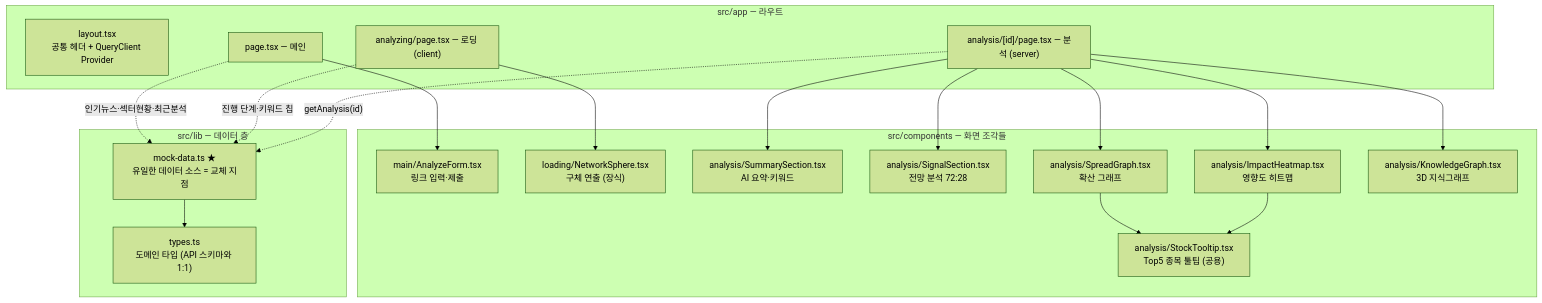
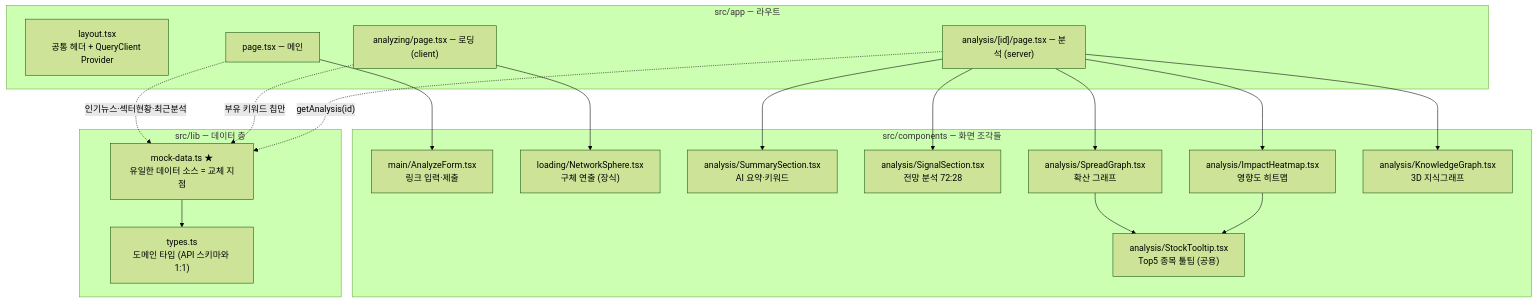
The second of 3 diagrams in apps/web/FE_ONBOARD_GUIDE.md (siuuhaeju-com/suhyeju-com), drawn with Mermaid (forest theme) before and after one commit. The commit also changed other lines of this file and 4 other files, not shown here.

````diff
--- a/apps/web/FE_ONBOARD_GUIDE.md
+++ b/apps/web/FE_ONBOARD_GUIDE.md
@@ -58,35 +58,35 @@
 ```mermaid
 flowchart TB
   subgraph routes["src/app — 라우트"]
     layout["layout.tsx<br/>공통 헤더 + QueryClient Provider"]
     main["page.tsx — 메인"]
     analyzing["analyzing/page.tsx — 로딩 (client)"]
     analysis["analysis/[id]/page.tsx — 분석 (server)"]
   end
 
   subgraph comps["src/components — 화면 조각들"]
     form["main/AnalyzeForm.tsx<br/>링크 입력·제출"]
     sphere["loading/NetworkSphere.tsx<br/>구체 연출 (장식)"]
     summary["analysis/SummarySection.tsx<br/>AI 요약·키워드"]
     signal["analysis/SignalSection.tsx<br/>전망 분석 72:28"]
     spread["analysis/SpreadGraph.tsx<br/>확산 그래프"]
     heatmap["analysis/ImpactHeatmap.tsx<br/>영향도 히트맵"]
     kg["analysis/KnowledgeGraph.tsx<br/>3D 지식그래프"]
     tooltip["analysis/StockTooltip.tsx<br/>Top5 종목 툴팁 (공용)"]
   end
 
   subgraph lib["src/lib — 데이터 층"]
     types["types.ts<br/>도메인 타입 (API 스키마와 1:1)"]
     mock["mock-data.ts ★<br/>유일한 데이터 소스 = 교체 지점"]
   end
 
   main --> form
   analyzing --> sphere
   analysis --> summary & signal & spread & heatmap & kg
   spread & heatmap --> tooltip
 
   main -. 인기뉴스·섹터현황·최근분석 .-> mock
-  analyzing -. 진행 단계·키워드 칩 .-> mock
+  analyzing -. 부유 키워드 칩만 .-> mock
   analysis -. "getAnalysis(id)" .-> mock
   mock --> types
 ```
````
